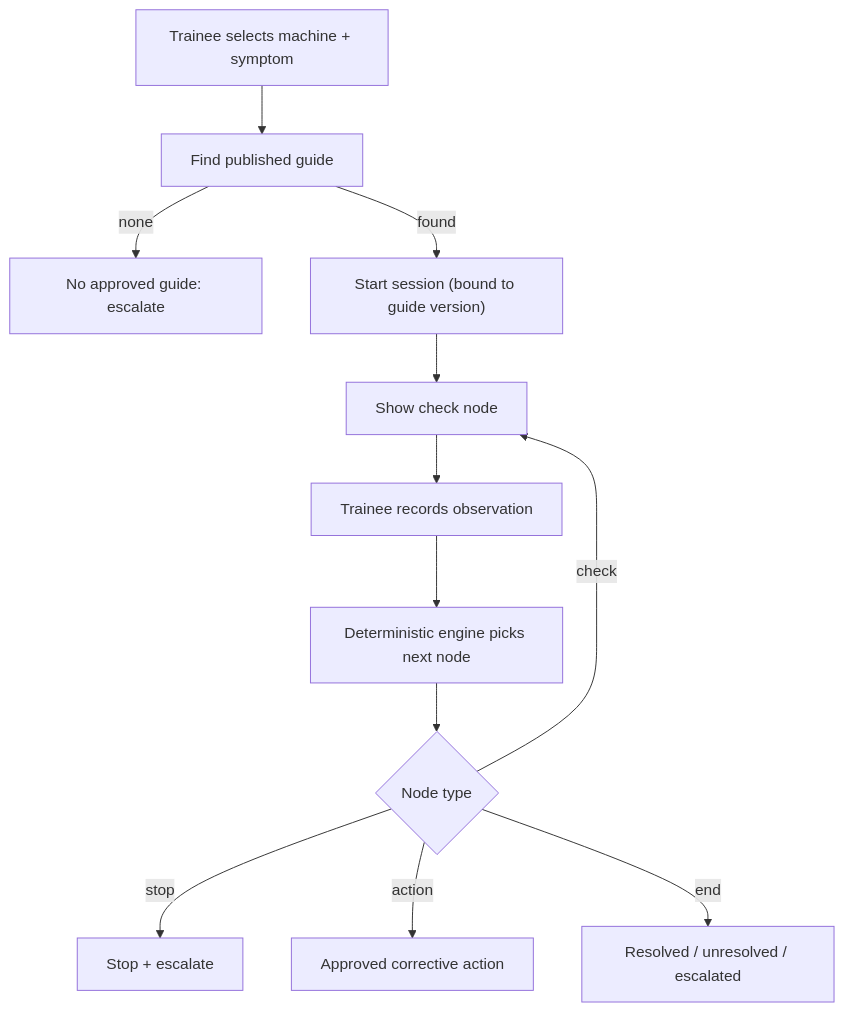
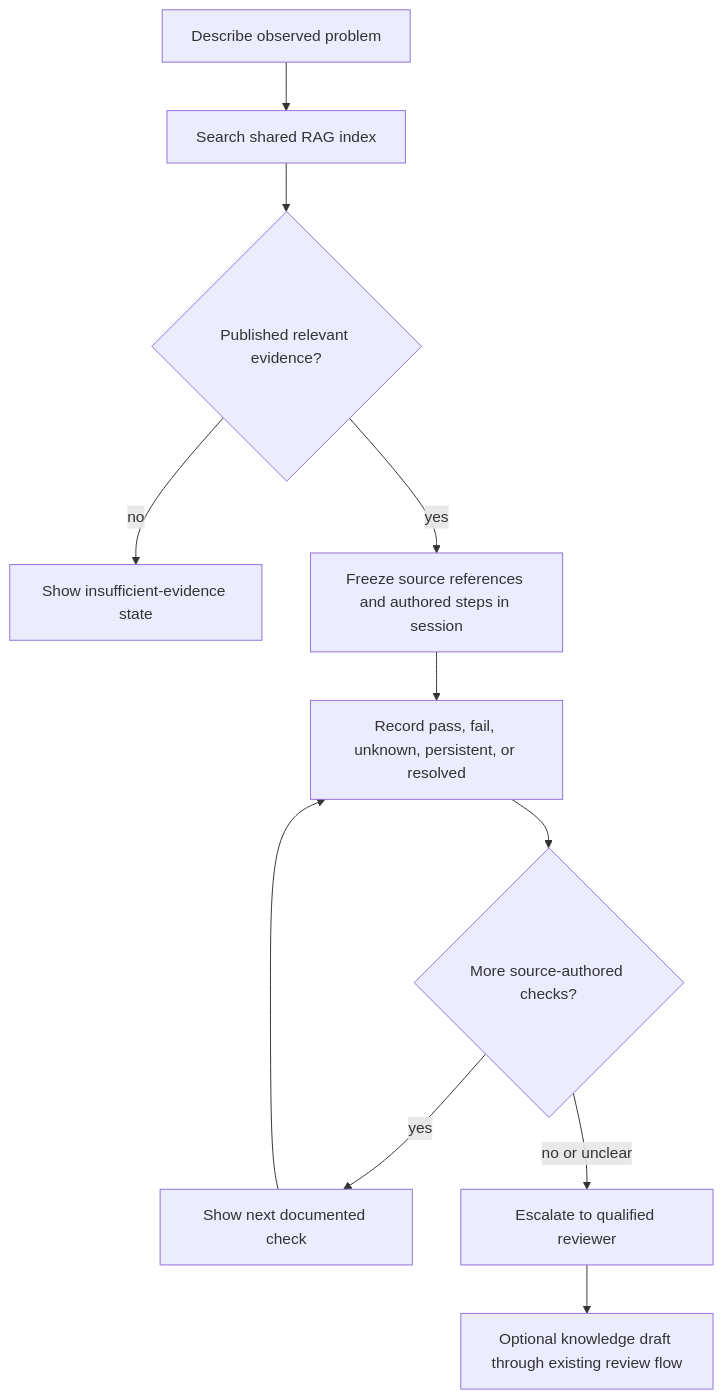
Before and after one commit to janhavii67/CodeKarma_4_GurukulAI_Batch1: the diagram in docs/modules/05-troubleshooting.md, drawn with Mermaid. The commit also changed other lines of this file and 192 other files, not shown here.

````diff
--- a/docs/modules/05-troubleshooting.md
+++ b/docs/modules/05-troubleshooting.md
@@ -6,14 +7,13 @@
 ```mermaid
 flowchart TD
-  A["Trainee selects machine + symptom"] --> B["Find published guide"]
-  B -- none --> X["No approved guide: escalate"]
-  B -- found --> C["Start session (bound to guide version)"]
-  C --> D["Show check node"]
-  D --> E["Trainee records observation"]
-  E --> F["Deterministic engine picks next node"]
-  F --> G{"Node type"}
-  G -- check --> D
-  G -- stop --> H["Stop + escalate"]
-  G -- action --> I["Approved corrective action"]
-  G -- end --> J["Resolved / unresolved / escalated"]
+  A[Describe observed problem] --> B[Search shared RAG index]
+  B --> C{Published relevant evidence?}
+  C -- no --> D[Show insufficient-evidence state]
+  C -- yes --> E[Freeze source references and authored steps in session]
+  E --> F[Record pass, fail, unknown, persistent, or resolved]
+  F --> G{More source-authored checks?}
+  G -- yes --> H[Show next documented check]
+  H --> F
+  G -- no or unclear --> I[Escalate to qualified reviewer]
+  I --> J[Optional knowledge draft through existing review flow]
 ```
````
